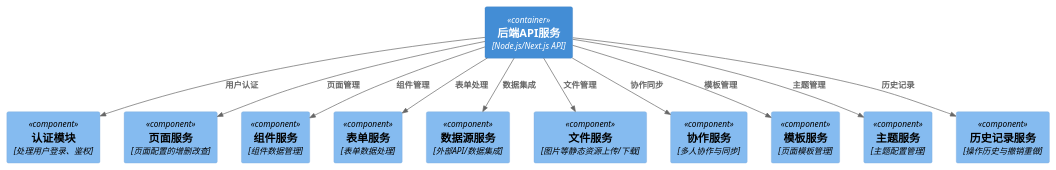
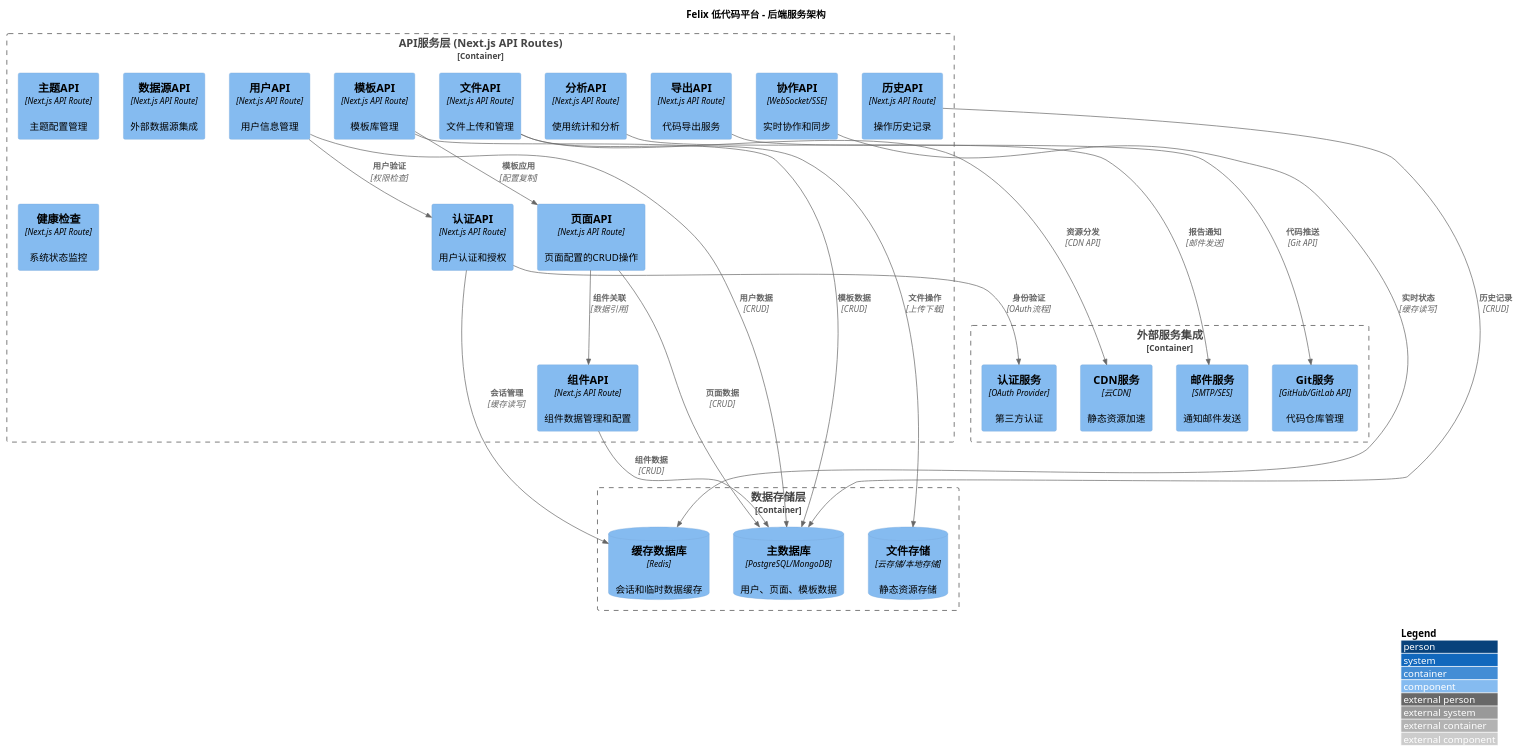
One commit to felixzhu97/low-code-platform changed the diagram in docs/architecture/c4-component-backend.puml. Above: the diagram before and after it, drawn with PlantUML. The commit also changed 7 other files, not shown here.

First line of the commit message:
docs: Update architecture documentation with detailed C4 models and README

```diff
--- a/docs/architecture/c4-component-backend.puml
+++ b/docs/architecture/c4-component-backend.puml
@@ -1,28 +1,70 @@
 @startuml
 !include ./c4-plantuml/C4_Component.puml
 
-Container(api, "后端API服务", "Node.js/Next.js API")
+LAYOUT_WITH_LEGEND()
 
-Component(authModule, "认证模块", "处理用户登录、鉴权")
-Component(pageService, "页面服务", "页面配置的增删改查")
-Component(componentService, "组件服务", "组件数据管理")
-Component(formService, "表单服务", "表单数据处理")
-Component(dataSourceService, "数据源服务", "外部API/数据集成")
-Component(fileService, "文件服务", "图片等静态资源上传/下载")
-Component(collaborationService, "协作服务", "多人协作与同步")
-Component(templateService, "模板服务", "页面模板管理")
-Component(themeService, "主题服务", "主题配置管理")
-Component(historyService, "历史记录服务", "操作历史与撤销重做")
+title Felix 低代码平台 - 后端服务架构
 
-Rel(api, authModule, "用户认证")
-Rel(api, pageService, "页面管理")
-Rel(api, componentService, "组件管理")
-Rel(api, formService, "表单处理")
-Rel(api, dataSourceService, "数据集成")
-Rel(api, fileService, "文件管理")
-Rel(api, collaborationService, "协作同步")
-Rel(api, templateService, "模板管理")
-Rel(api, themeService, "主题管理")
-Rel(api, historyService, "历史记录")
+Container_Boundary(api, "API服务层 (Next.js API Routes)") {
+    
+    ' 核心业务服务
+    Component(page_api, "页面API", "Next.js API Route", "页面配置的CRUD操作")
+    Component(component_api, "组件API", "Next.js API Route", "组件数据管理和配置")
+    Component(template_api, "模板API", "Next.js API Route", "模板库管理")
+    Component(theme_api, "主题API", "Next.js API Route", "主题配置管理")
+    
+    ' 用户和权限
+    Component(auth_api, "认证API", "Next.js API Route", "用户认证和授权")
+    Component(user_api, "用户API", "Next.js API Route", "用户信息管理")
+    
+    ' 数据和文件服务
+    Component(data_api, "数据源API", "Next.js API Route", "外部数据源集成")
+    Component(file_api, "文件API", "Next.js API Route", "文件上传和管理")
+    Component(export_api, "导出API", "Next.js API Route", "代码导出服务")
+    
+    ' 协作和实时服务
+    Component(collaboration_api, "协作API", "WebSocket/SSE", "实时协作和同步")
+    Component(history_api, "历史API", "Next.js API Route", "操作历史记录")
+    
+    ' 分析和监控
+    Component(analytics_api, "分析API", "Next.js API Route", "使用统计和分析")
+    Component(health_api, "健康检查", "Next.js API Route", "系统状态监控")
+}
+
+Container_Boundary(storage, "数据存储层") {
+    ComponentDb(main_db, "主数据库", "PostgreSQL/MongoDB", "用户、页面、模板数据")
+    ComponentDb(cache_db, "缓存数据库", "Redis", "会话和临时数据缓存")
+    ComponentDb(file_storage, "文件存储", "云存储/本地存储", "静态资源存储")
+}
+
+Container_Boundary(external, "外部服务集成") {
+    Component(auth_service, "认证服务", "OAuth Provider", "第三方认证")
+    Component(git_service, "Git服务", "GitHub/GitLab API", "代码仓库管理")
+    Component(email_service, "邮件服务", "SMTP/SES", "通知邮件发送")
+    Component(cdn_service, "CDN服务", "云CDN", "静态资源加速")
+}
+
+' API之间的关系
+Rel(page_api, component_api, "组件关联", "数据引用")
+Rel(template_api, page_api, "模板应用", "配置复制")
+Rel(user_api, auth_api, "用户验证", "权限检查")
+
+' API与存储的关系
+Rel(page_api, main_db, "页面数据", "CRUD")
+Rel(component_api, main_db, "组件数据", "CRUD")
+Rel(template_api, main_db, "模板数据", "CRUD")
+Rel(user_api, main_db, "用户数据", "CRUD")
+Rel(history_api, main_db, "历史记录", "CRUD")
+
+Rel(collaboration_api, cache_db, "实时状态", "缓存读写")
+Rel(auth_api, cache_db, "会话管理", "缓存读写")
+
+Rel(file_api, file_storage, "文件操作", "上传下载")
+
+' 外部服务集成
+Rel(auth_api, auth_service, "身份验证", "OAuth流程")
+Rel(export_api, git_service, "代码推送", "Git API")
+Rel(analytics_api, email_service, "报告通知", "邮件发送")
+Rel(file_api, cdn_service, "资源分发", "CDN API")
 
 @enduml 
```
